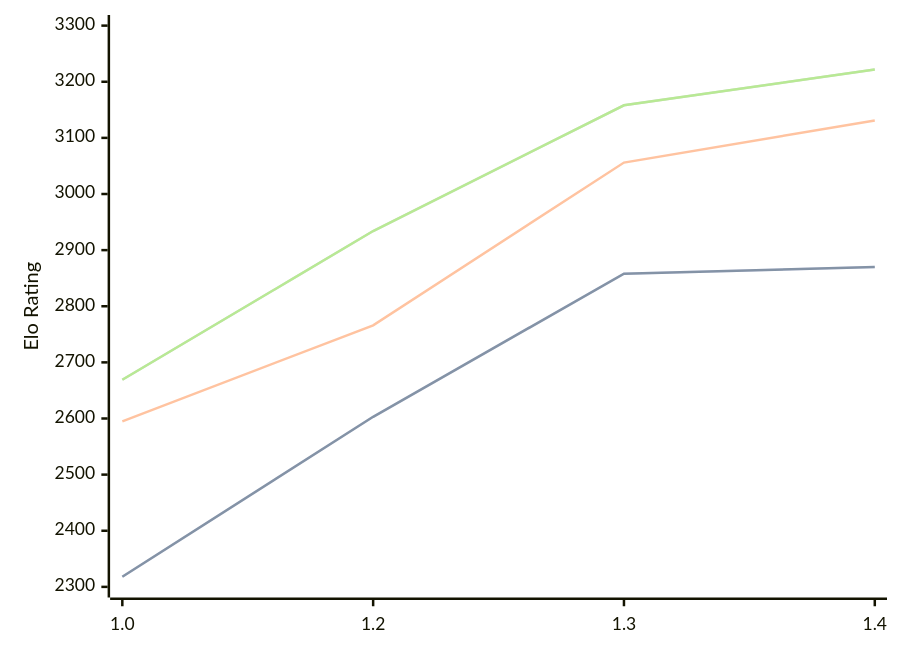
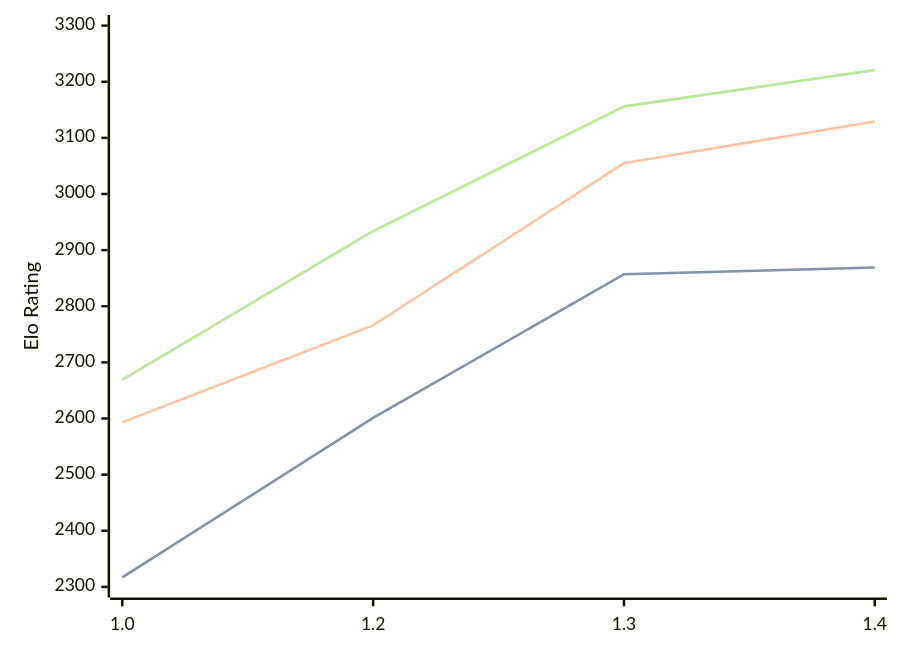
Before and after one commit to computer-chess-index/cci: the first of 3 diagrams in engines/Chessnix.md, drawn with Mermaid. The commit also changed other lines of this file, not shown here.

Commit message:
Update CCI Ratings (ELO VLTC) - 2026-07-15

````diff
--- a/engines/Chessnix.md
+++ b/engines/Chessnix.md
@@ -36,11 +36,11 @@
 ```mermaid
 %%{init: {"theme":"base","themeVariables":{"seriesColors:['#a3a3a3','#222221','#faa371']}}}%%
 xychart-beta
   x-axis ["1.0", "1.2", "1.3", "1.4"]
   y-axis "Elo Rating" 2300 --> 3300
-  line "STC (8.0+0.08s)" [2318, 2603, 2858, 2870]
-  line "STC (8.0+0.08s)" [2318, 2603, 2858, 2870]
-  line "LTC (60.0+0.60s)" [2595, 2766, 3056, 3131]
-  line "VLTC (2m24s+1.12s)" [2669, 2934, 3158, 3222]
-  line "VLTC (2m24s+1.12s)" [2669, 2934, 3158, 3222]
+  line "STC (8.0+0.08s)" [2317, 2601, 2857, 2869]
+  line "STC (8.0+0.08s)" [2317, 2601, 2857, 2869]
+  line "LTC (60.0+0.60s)" [2593, 2766, 3055, 3129]
+  line "VLTC (2m24s+1.12s)" [2669, 2934, 3156, 3221]
+  line "VLTC (2m24s+1.12s)" [2669, 2934, 3156, 3221]
 ```
````
